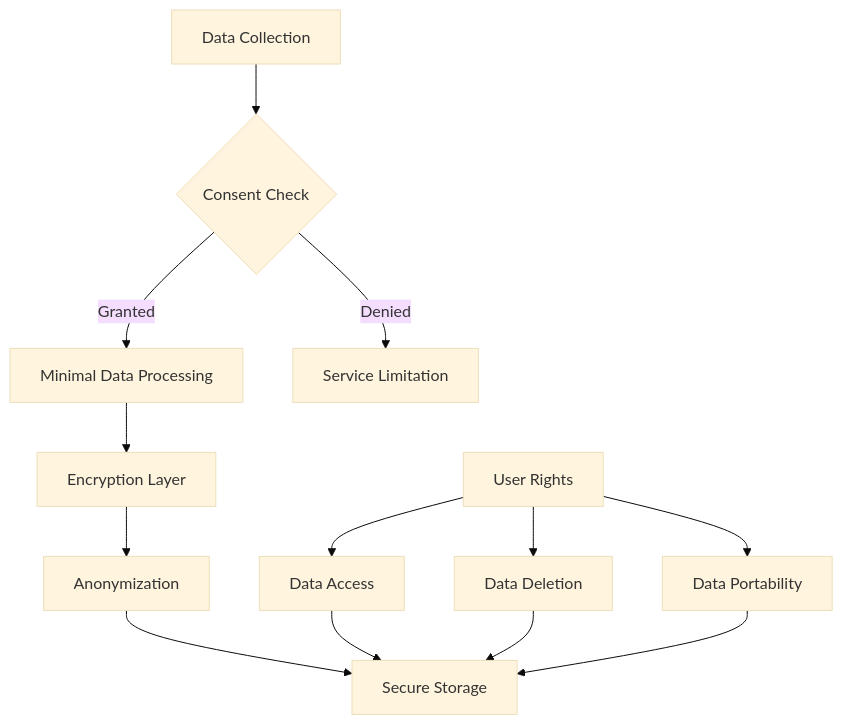
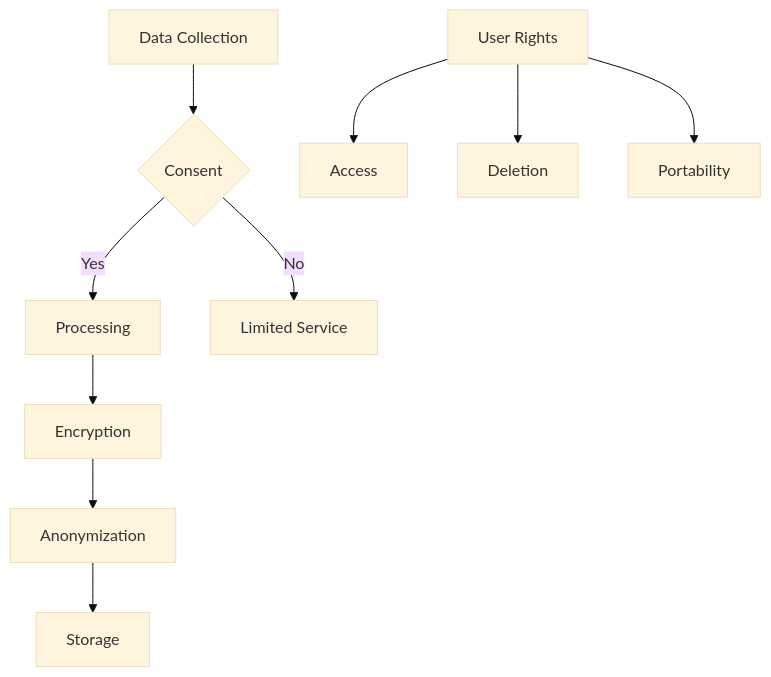
The eighth of 9 diagrams in README.md (statesflowwishes-sketch/4a3C5u2S7T1i3C), drawn with Mermaid (base theme) before and after one commit. The commit also changed other lines of this file, not shown here.

First line of the commit message:
🔧 Fix Mermaid Rendering Issues: Simplified Complex Diagrams

````diff
--- a/README.md
+++ b/README.md
@@ -549,18 +544,14 @@
 ```mermaid
-graph TD
-    A[Data Collection] --> B{Consent Check}
-    B -->|Granted| C[Minimal Data Processing]
-    B -->|Denied| D[Service Limitation]
+flowchart TD
+    A[Data Collection] --> B{Consent}
+    B -->|Yes| C[Processing]
+    B -->|No| D[Limited Service]
     
-    C --> E[Encryption Layer]
+    C --> E[Encryption]
     E --> F[Anonymization]
-    F --> G[Secure Storage]
+    F --> G[Storage]
     
-    H[User Rights] --> I[Data Access]
-    H --> J[Data Deletion]
-    H --> K[Data Portability]
-    
-    I --> G
-    J --> G
-    K --> G
+    H[User Rights] --> I[Access]
+    H --> J[Deletion]
+    H --> K[Portability]
 ```
````
